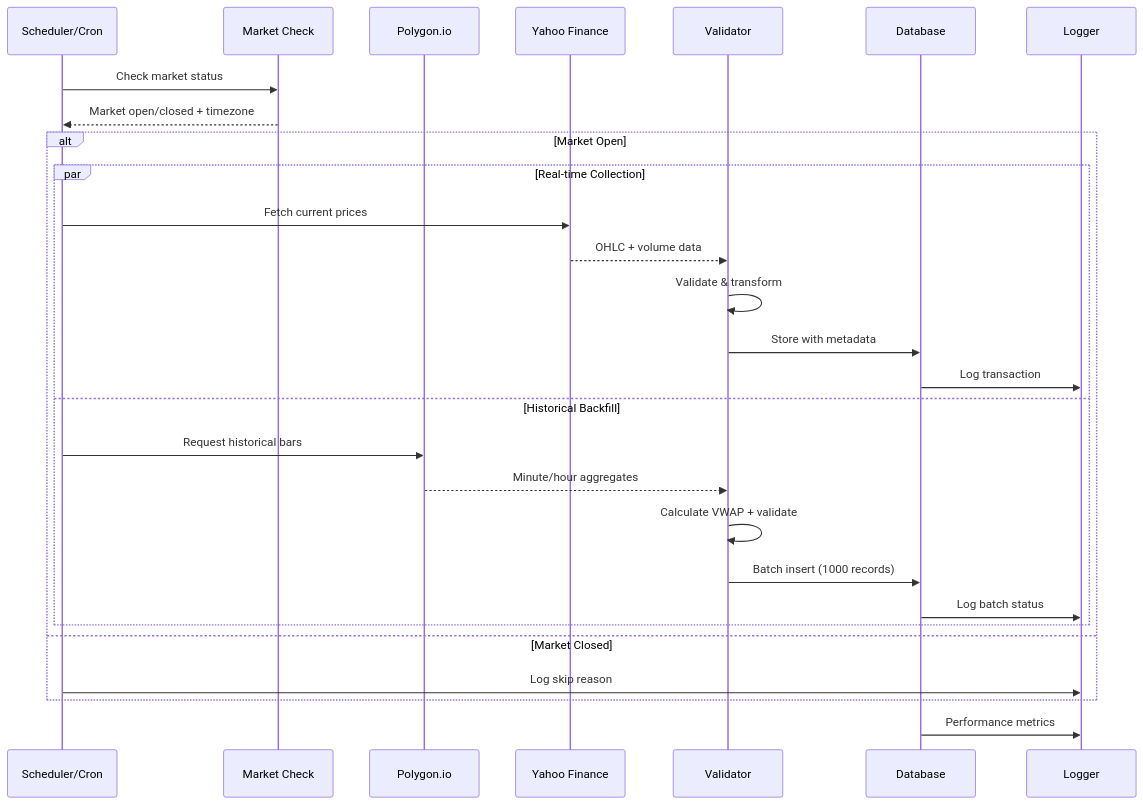
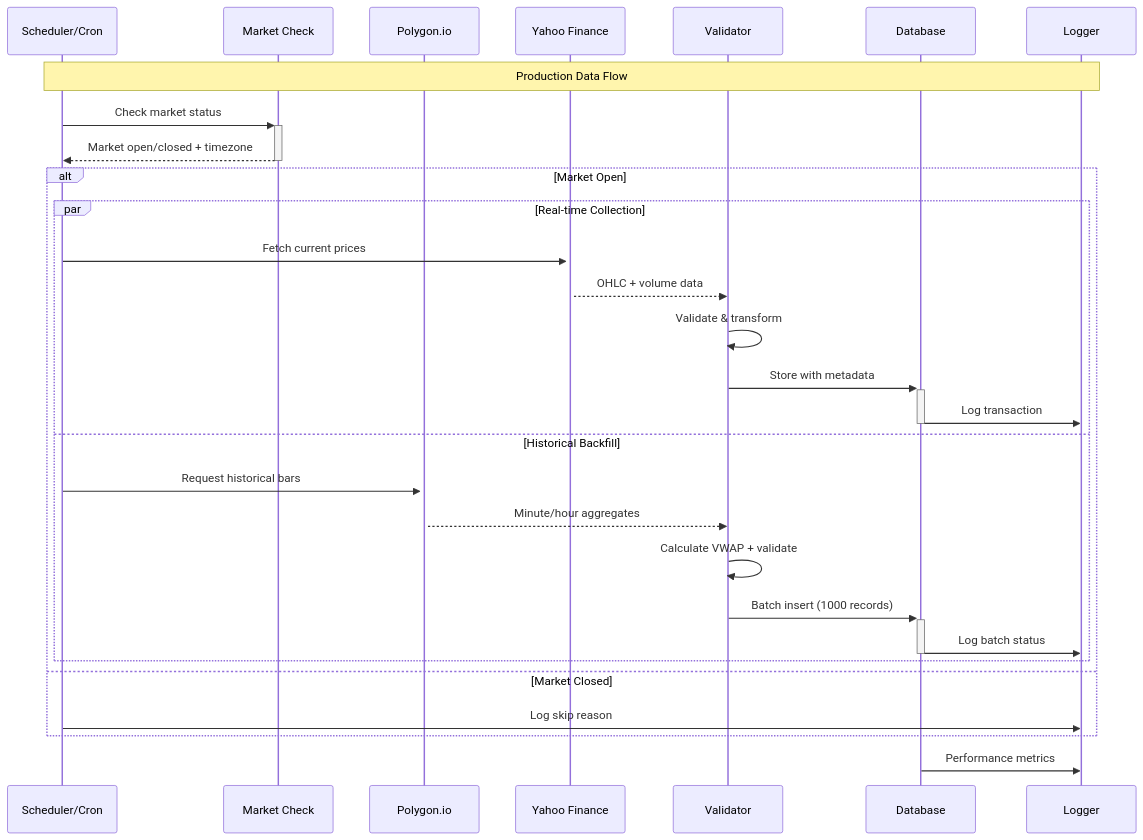
Before and after one commit to martinkilombe/financial-data-pipeline: the second of 4 diagrams in README.md, drawn with Mermaid.

Commit message:
Improve sequence diagram visibility with activation boxes and notes

````diff
--- a/README.md
+++ b/README.md
@@ -60,33 +60,35 @@
 ```mermaid
 sequenceDiagram
     participant S as Scheduler/Cron
-    participant M as Market Check
+    participant M as Market Check  
     participant P as Polygon.io
     participant Y as Yahoo Finance
     participant V as Validator
     participant D as Database
     participant L as Logger
     
-    S->>M: Check market status
-    M-->>S: Market open/closed + timezone
+    Note over S,L: Production Data Flow
+    
+    S->>+M: Check market status
+    M-->>-S: Market open/closed + timezone
     
     alt Market Open
         par Real-time Collection
-            S->>Y: Fetch current prices
+            S->>+Y: Fetch current prices
             Y-->>V: OHLC + volume data
             V->>V: Validate & transform
-            V->>D: Store with metadata
-            D->>L: Log transaction
+            V->>+D: Store with metadata
+            D->>-L: Log transaction
         and Historical Backfill
-            S->>P: Request historical bars
+            S->>+P: Request historical bars
             P-->>V: Minute/hour aggregates
             V->>V: Calculate VWAP + validate
-            V->>D: Batch insert (1000 records)
-            D->>L: Log batch status
+            V->>+D: Batch insert (1000 records)
+            D->>-L: Log batch status
         end
     else Market Closed
         S->>L: Log skip reason
     end
     
     D->>L: Performance metrics
 ```
````
